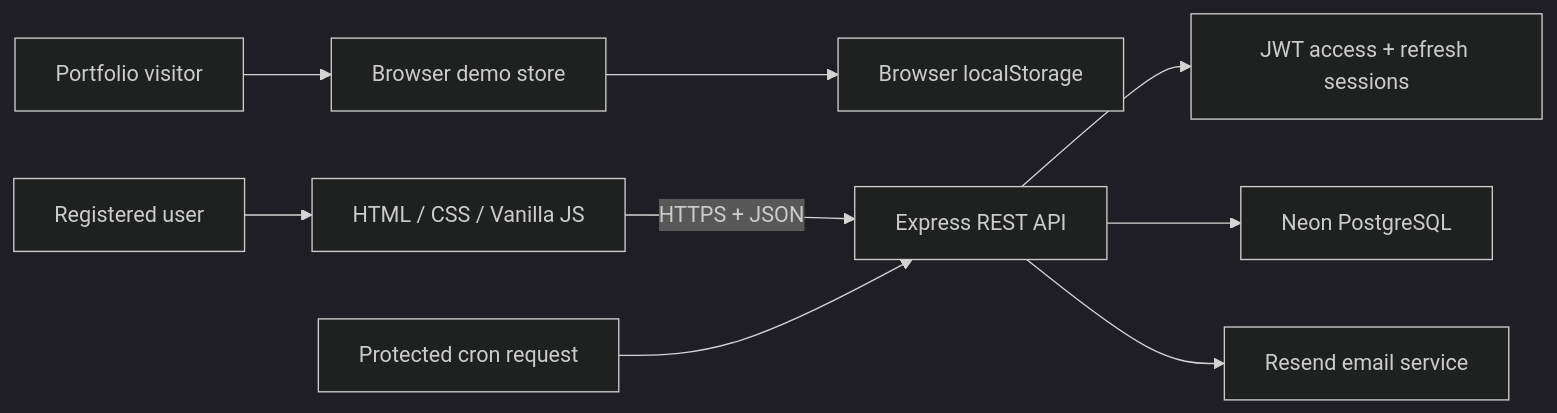
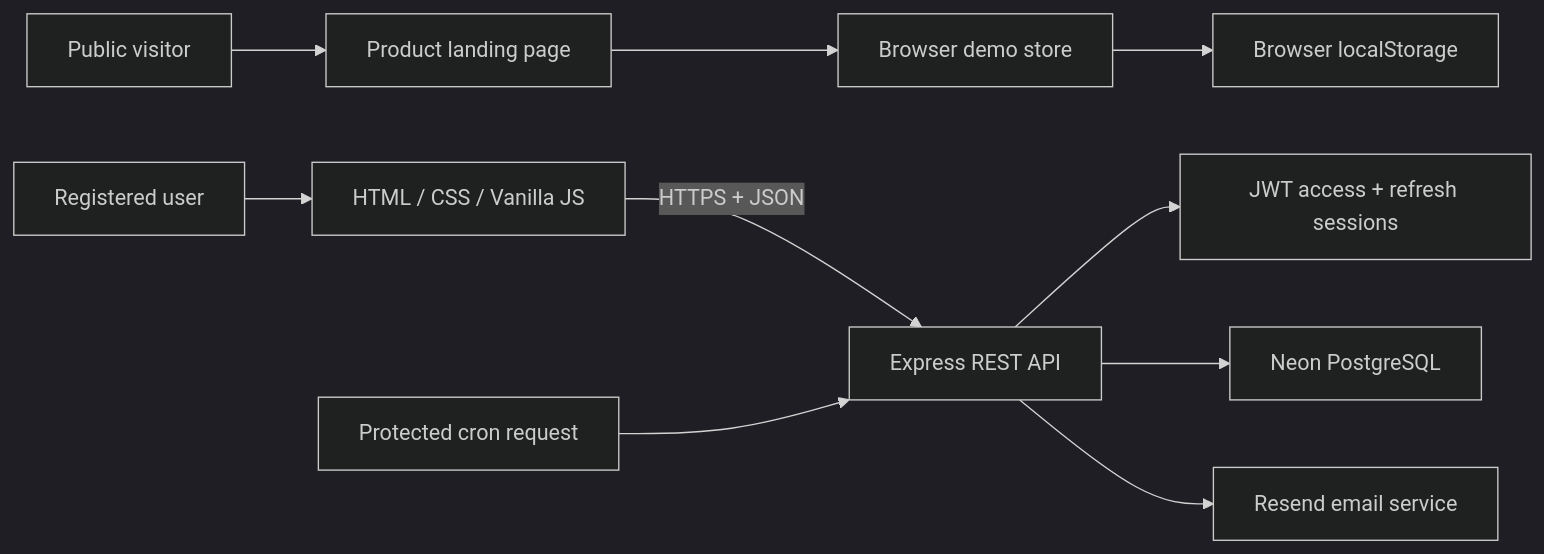
Before and after one commit to panagiotiseleftheriadis/CaReMind: the diagram in README.md, drawn with Mermaid (dark theme). The commit also changed other lines of this file and 29 other files, not shown here.

Commit message:
feat: add public CaReMind landing experience

````diff
--- a/README.md
+++ b/README.md
@@ -30,12 +31,13 @@
 ```mermaid
 flowchart LR
-  Visitor["Portfolio visitor"] --> Demo["Browser demo store"]
+  Visitor["Public visitor"] --> Landing["Product landing page"]
+  Landing --> Demo["Browser demo store"]
   Demo --> LocalStorage["Browser localStorage"]
 
   User["Registered user"] --> Frontend["HTML / CSS / Vanilla JS"]
   Frontend -->|"HTTPS + JSON"| API["Express REST API"]
   API --> Auth["JWT access + refresh sessions"]
   API --> Neon["Neon PostgreSQL"]
   API --> Resend["Resend email service"]
   Scheduler["Protected cron request"] --> API
 ```
````
